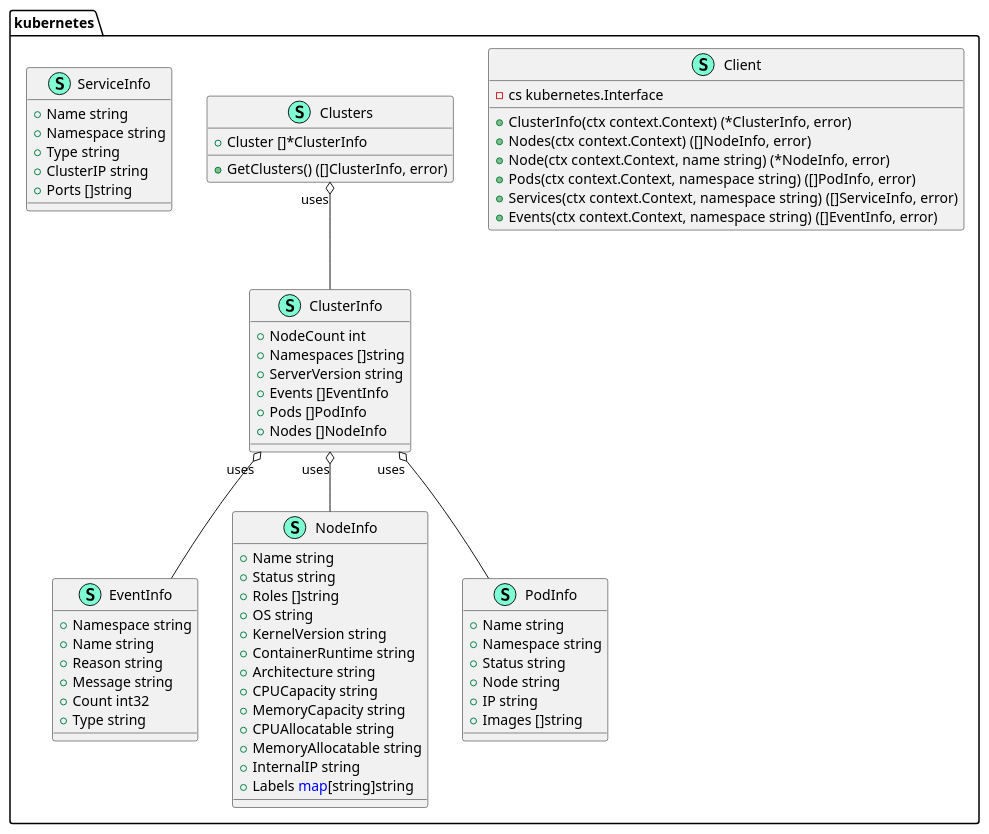
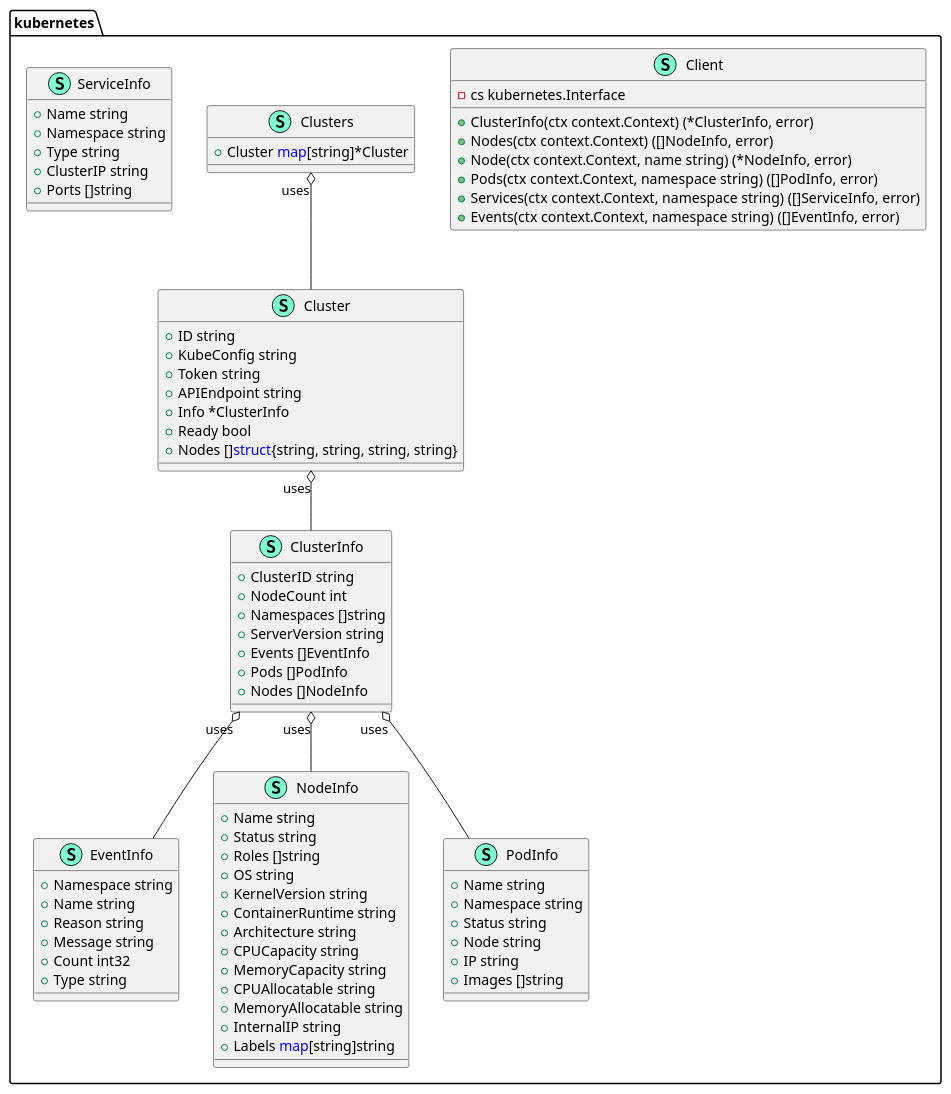
One commit to motangpuar/o2-ims-worker changed the diagram in docs/puml/kubernetes.puml. Above: the diagram before and after it, drawn with PlantUML. The commit also changed 17 other files, not shown here.

First line of the commit message:
Finalize Cluster Struct

```diff
--- a/docs/puml/kubernetes.puml
+++ b/docs/puml/kubernetes.puml
@@ -1,81 +1,91 @@
 @startuml
 top to bottom direction
 namespace kubernetes {
     class "Client" << (S,Aquamarine) >> {
         - cs kubernetes.Interface
 
         + ClusterInfo(ctx context.Context) (*ClusterInfo, error)
         + Nodes(ctx context.Context) ([]NodeInfo, error)
         + Node(ctx context.Context, name string) (*NodeInfo, error)
         + Pods(ctx context.Context, namespace string) ([]PodInfo, error)
         + Services(ctx context.Context, namespace string) ([]ServiceInfo, error)
         + Events(ctx context.Context, namespace string) ([]EventInfo, error)
 
     }
+    class "Cluster" << (S,Aquamarine) >> {
+        + ID string
+        + KubeConfig string
+        + Token string
+        + APIEndpoint string
+        + Info *ClusterInfo
+        + Ready bool
+        + Nodes []<font color=blue>struct</font>{string, string, string, string}
+
+    }
     class "ClusterInfo" << (S,Aquamarine) >> {
+        + ClusterID string
         + NodeCount int
         + Namespaces []string
         + ServerVersion string
         + Events []EventInfo
         + Pods []PodInfo
         + Nodes []NodeInfo
 
     }
     class "Clusters" << (S,Aquamarine) >> {
-        + Cluster []*ClusterInfo
-
-        + GetClusters() ([]ClusterInfo, error)
+        + Cluster <font color=blue>map</font>[string]*Cluster
 
     }
     class "EventInfo" << (S,Aquamarine) >> {
         + Namespace string
         + Name string
         + Reason string
         + Message string
         + Count int32
         + Type string
 
     }
     class "NodeInfo" << (S,Aquamarine) >> {
         + Name string
         + Status string
         + Roles []string
         + OS string
         + KernelVersion string
         + ContainerRuntime string
         + Architecture string
         + CPUCapacity string
         + MemoryCapacity string
         + CPUAllocatable string
         + MemoryAllocatable string
         + InternalIP string
         + Labels <font color=blue>map</font>[string]string
 
     }
     class "PodInfo" << (S,Aquamarine) >> {
         + Name string
         + Namespace string
         + Status string
         + Node string
         + IP string
         + Images []string
 
     }
     class "ServiceInfo" << (S,Aquamarine) >> {
         + Name string
         + Namespace string
         + Type string
         + ClusterIP string
         + Ports []string
 
     }
 }
 
 
+"kubernetes.Cluster""uses" o-- "kubernetes.ClusterInfo"
 "kubernetes.ClusterInfo""uses" o-- "kubernetes.EventInfo"
 "kubernetes.ClusterInfo""uses" o-- "kubernetes.NodeInfo"
 "kubernetes.ClusterInfo""uses" o-- "kubernetes.PodInfo"
-"kubernetes.Clusters""uses" o-- "kubernetes.ClusterInfo"
+"kubernetes.Clusters""uses" o-- "kubernetes.Cluster"
 
 
 @enduml
```
